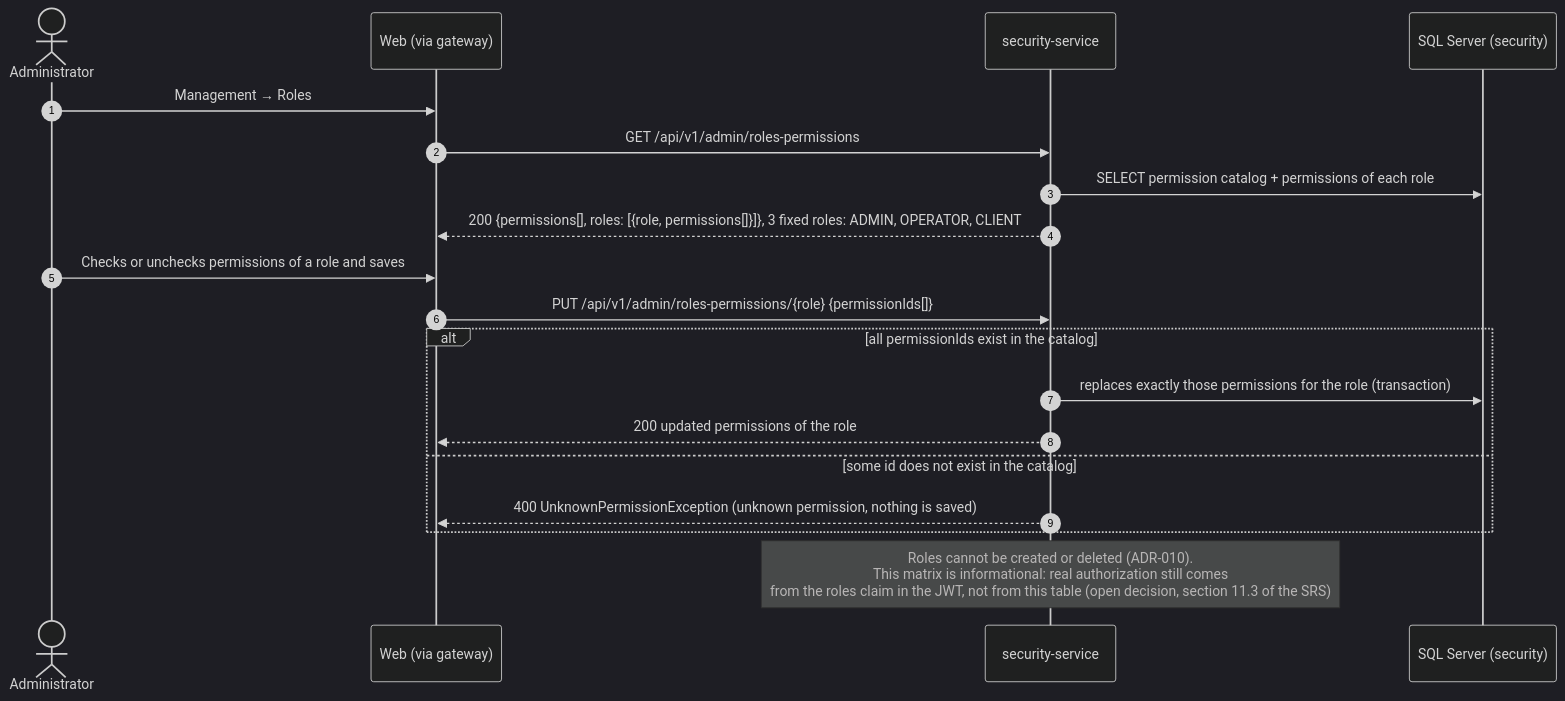
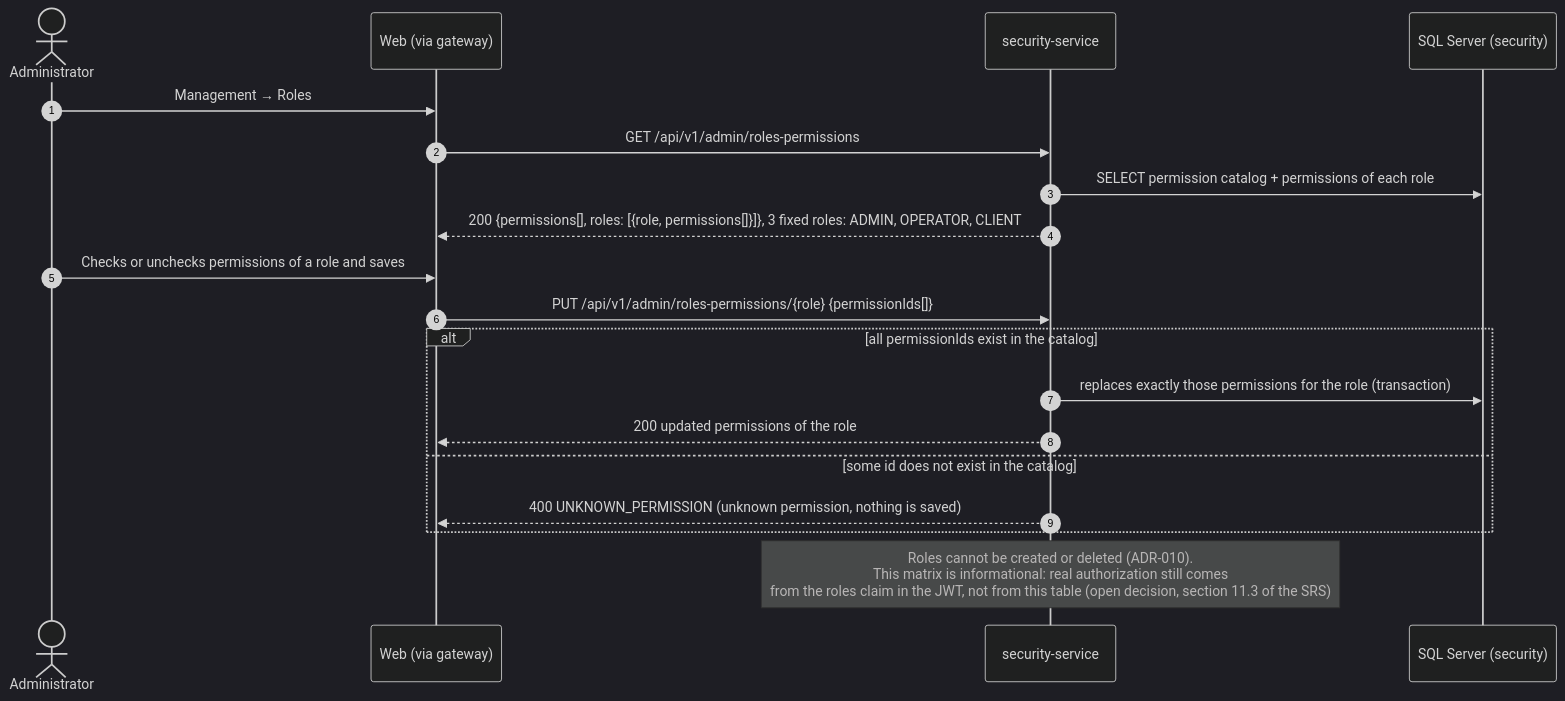
One commit to BrayanCABRERA123/lavarapido-docs changed diagram 11 of 26 in 02_DOCUMENTACION_DE_ANALISIS_DEL_SOFTWARE/EN/MD/software-analysis-documentation.md. Above: the diagram before and after it, drawn with Mermaid (dark theme). The commit also changed other lines of this file and 7 other files, not shown here.

Commit message:
docs(analysis): correct sequences and states against the code and redraw the diagrams (2.3)

````diff
--- a/02_DOCUMENTACION_DE_ANALISIS_DEL_SOFTWARE/EN/MD/software-analysis-documentation.md
+++ b/02_DOCUMENTACION_DE_ANALISIS_DEL_SOFTWARE/EN/MD/software-analysis-documentation.md
@@ -475,22 +485,22 @@
 ```mermaid
 sequenceDiagram
     autonumber
     actor A as Administrator
     participant W as Web (via gateway)
     participant S as security-service
     participant DB as SQL Server (security)
 
     A->>W: Management → Roles
     W->>S: GET /api/v1/admin/roles-permissions
     S->>DB: SELECT permission catalog + permissions of each role
     S-->>W: 200 {permissions[], roles: [{role, permissions[]}]}, 3 fixed roles: ADMIN, OPERATOR, CLIENT
     A->>W: Checks or unchecks permissions of a role and saves
     W->>S: PUT /api/v1/admin/roles-permissions/{role} {permissionIds[]}
     alt all permissionIds exist in the catalog
         S->>DB: replaces exactly those permissions for the role (transaction)
         S-->>W: 200 updated permissions of the role
     else some id does not exist in the catalog
-        S-->>W: 400 UnknownPermissionException (unknown permission, nothing is saved)
+        S-->>W: 400 UNKNOWN_PERMISSION (unknown permission, nothing is saved)
     end
     Note over S: Roles cannot be created or deleted (ADR-010).<br/>This matrix is informational: real authorization still comes<br/>from the roles claim in the JWT, not from this table (open decision, section 11.3 of the SRS)
 ```
````
